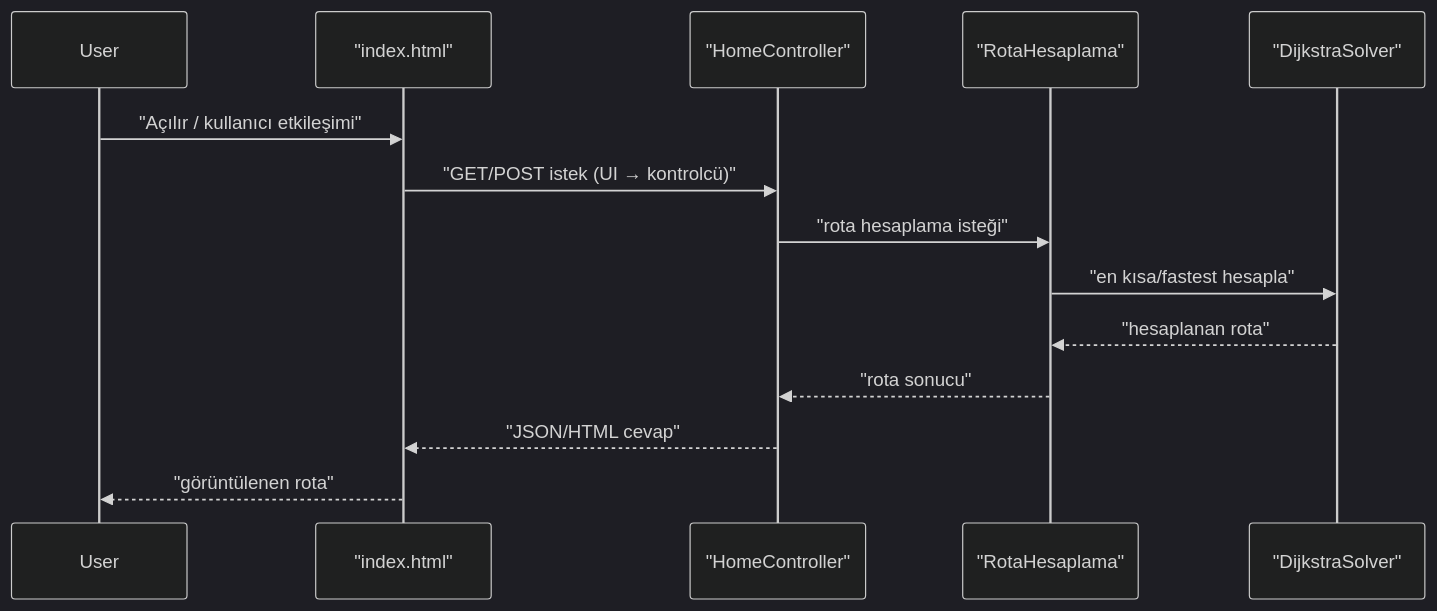
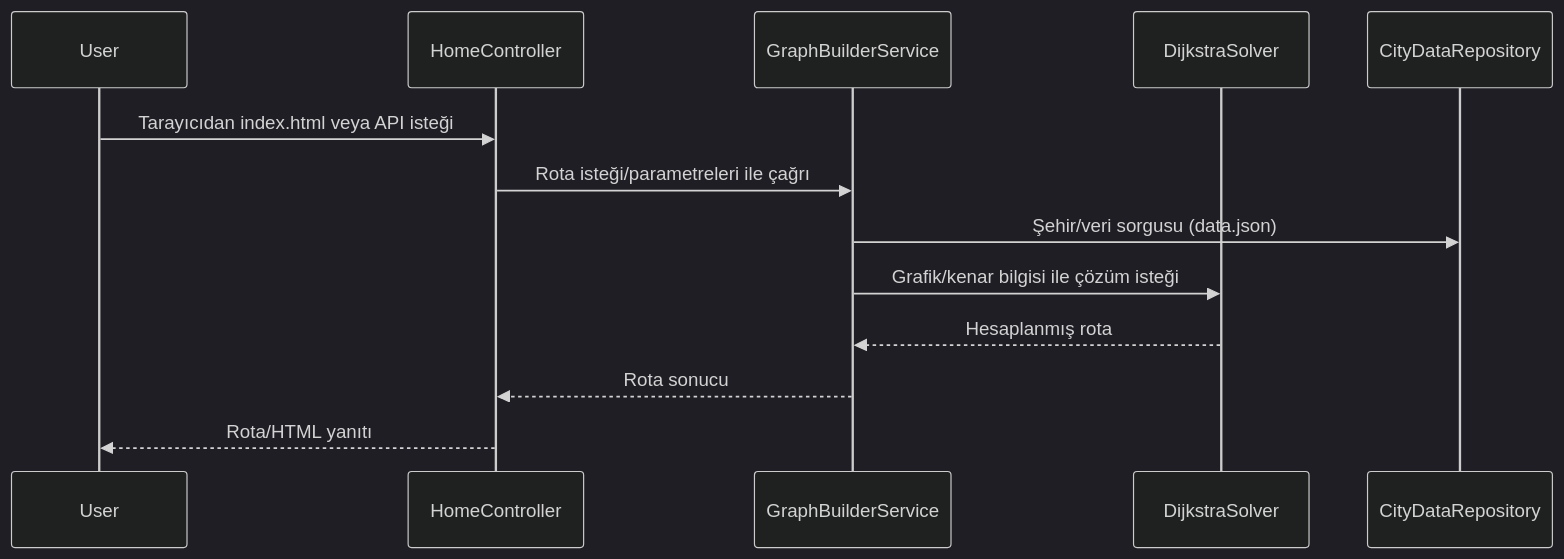
The second of 2 diagrams in README_ARCH.md (YusuffBulbul/Izmit_sehir_ici_ulasim), drawn with Mermaid (dark theme) before and after one commit. The commit also changed other lines of this file, not shown here.

Commit message:
docs: update architecture blueprint and code review (2026-09-07)

````diff
--- a/README_ARCH.md
+++ b/README_ARCH.md
@@ -56,17 +74,16 @@
 ```mermaid
 sequenceDiagram
 participant User
-participant IndexHTML as "index.html"
-participant HomeController as "HomeController"
-participant RotaHesaplama as "RotaHesaplama"
-participant DijkstraSolver as "DijkstraSolver"
-User->>IndexHTML: "Açılır / kullanıcı etkileşimi"
-IndexHTML->>HomeController: "GET/POST istek (UI → kontrolcü)"
-HomeController->>RotaHesaplama: "rota hesaplama isteği"
-RotaHesaplama->>DijkstraSolver: "en kısa/fastest hesapla"
-DijkstraSolver-->>RotaHesaplama: "hesaplanan rota"
-RotaHesaplama-->>HomeController: "rota sonucu"
-HomeController-->>IndexHTML: "JSON/HTML cevap"
-IndexHTML-->>User: "görüntülenen rota"
+participant HomeController
+participant GraphBuilderService
+participant DijkstraSolver
+participant CityDataRepository
+User->>HomeController: Tarayıcıdan index.html veya API isteği
+HomeController->>GraphBuilderService: Rota isteği/parametreleri ile çağrı
+GraphBuilderService->>CityDataRepository: Şehir/veri sorgusu (data.json)
+GraphBuilderService->>DijkstraSolver: Grafik/kenar bilgisi ile çözüm isteği
+DijkstraSolver-->>GraphBuilderService: Hesaplanmış rota
+GraphBuilderService-->>HomeController: Rota sonucu
+HomeController-->>User: Rota/HTML yanıtı
 
 ```
````
